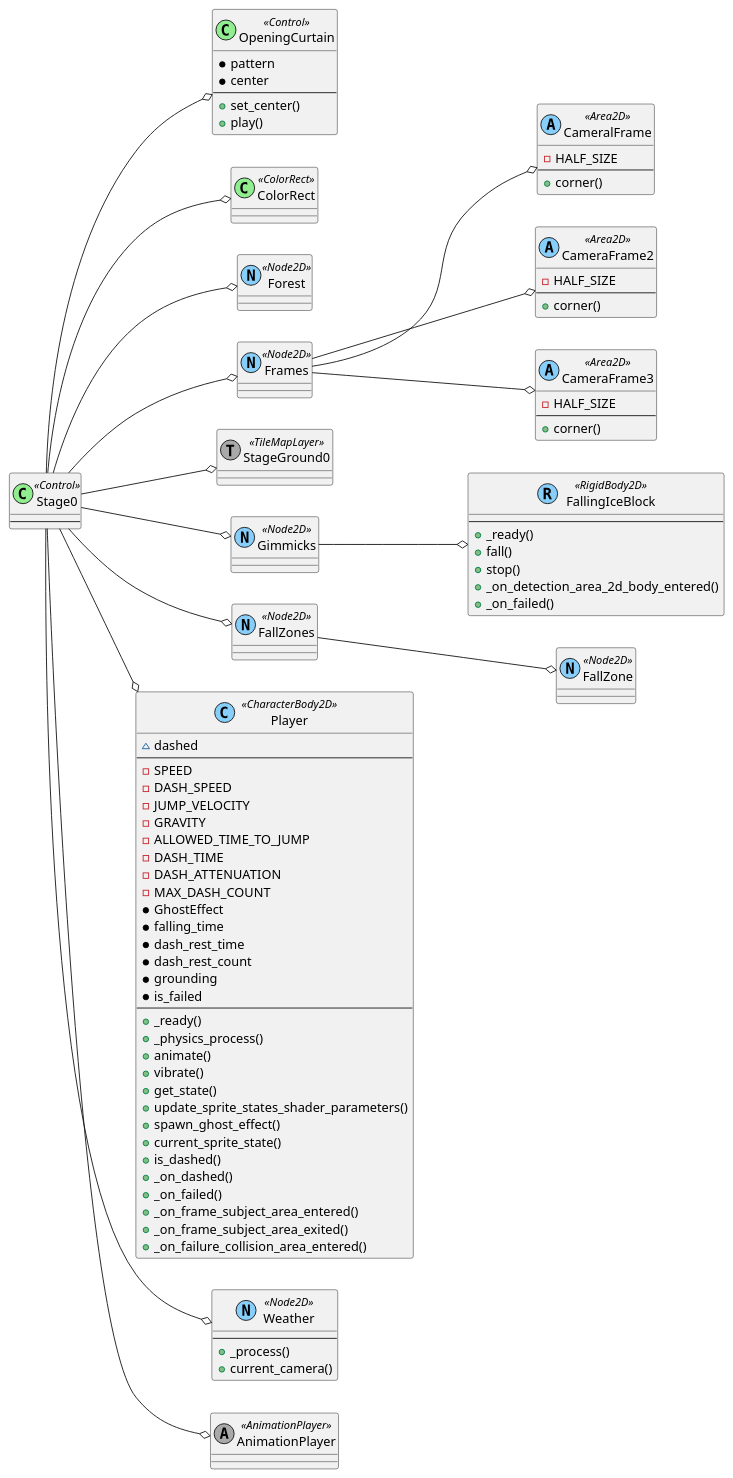
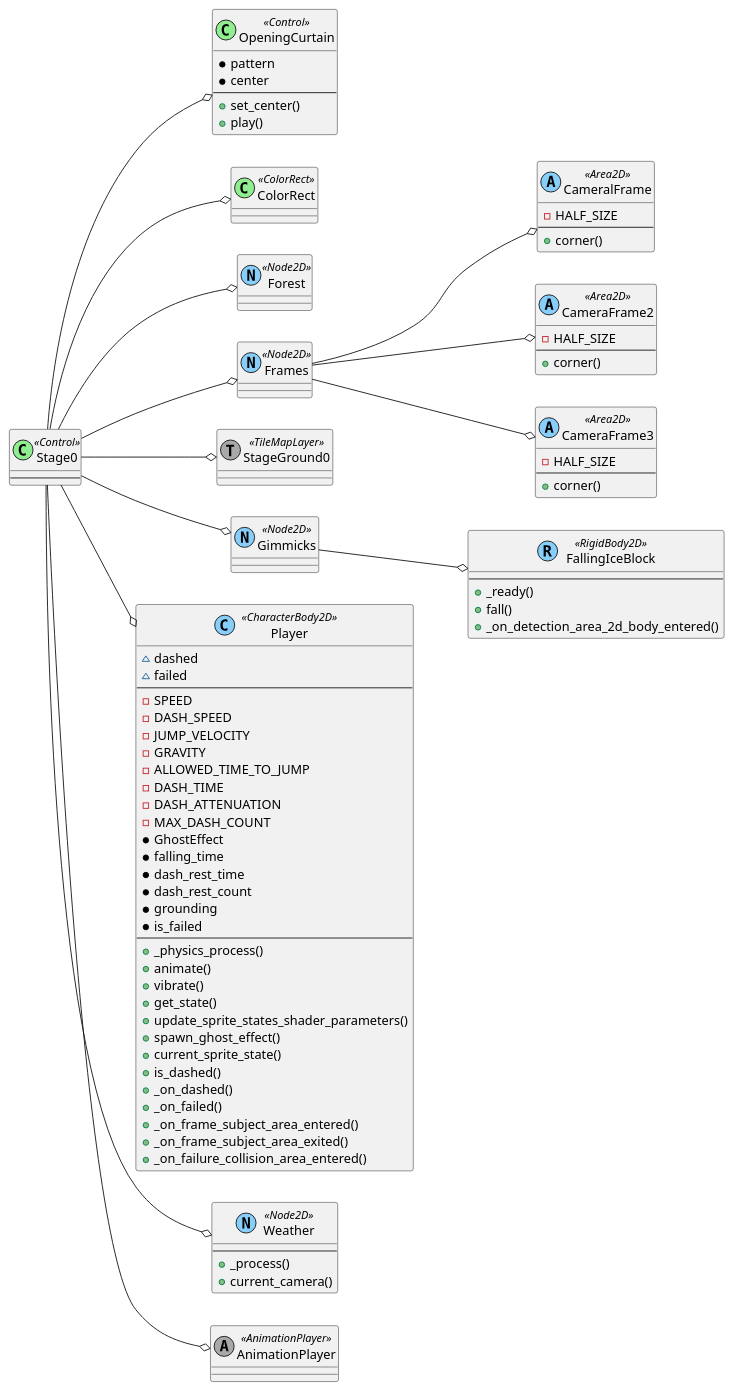
The diagram in content/scenes/src/chapters/0/stages/0/stage_0.tscn.adoc (tkmfujise/Platformer-Game-Learning), drawn with PlantUML before and after one commit. The commit also changed other lines of this file and 132 other files, not shown here.

```diff
--- a/content/scenes/src/chapters/0/stages/0/stage_0.tscn.adoc
+++ b/content/scenes/src/chapters/0/stages/0/stage_0.tscn.adoc
@@ -47,16 +47,11 @@
 ---
   + _ready()
   + fall()
-  + stop()
   + _on_detection_area_2d_body_entered()
-  + _on_failed()
-}
-class FallZones as "FallZones" <<(N,lightskyblue) Node2D>> {
-}
-class FallZones_FallZone as "FallZone" <<(N,lightskyblue) Node2D>> {
 }
 class Player as "Player" <<(C,lightskyblue) CharacterBody2D>> {
   ~ dashed
+  ~ failed
 ---
   - SPEED
   - DASH_SPEED
@@ -73,7 +68,6 @@
   * grounding
   * is_failed
 ---
-  + _ready()
   + _physics_process()
   + animate()
   + vibrate()
@@ -101,7 +95,6 @@
 ROOT --o Frames
 ROOT --o StageGround0
 ROOT --o Gimmicks
-ROOT --o FallZones
 ROOT --o Player
 ROOT --o Weather
 ROOT --o AnimationPlayer
@@ -109,7 +102,6 @@
 Frames --o Frames_CameraFrame2
 Frames --o Frames_CameraFrame3
 Gimmicks --o Gimmicks_FallingIceBlock
-FallZones --o FallZones_FallZone
 left to right direction
 
 ....
```
